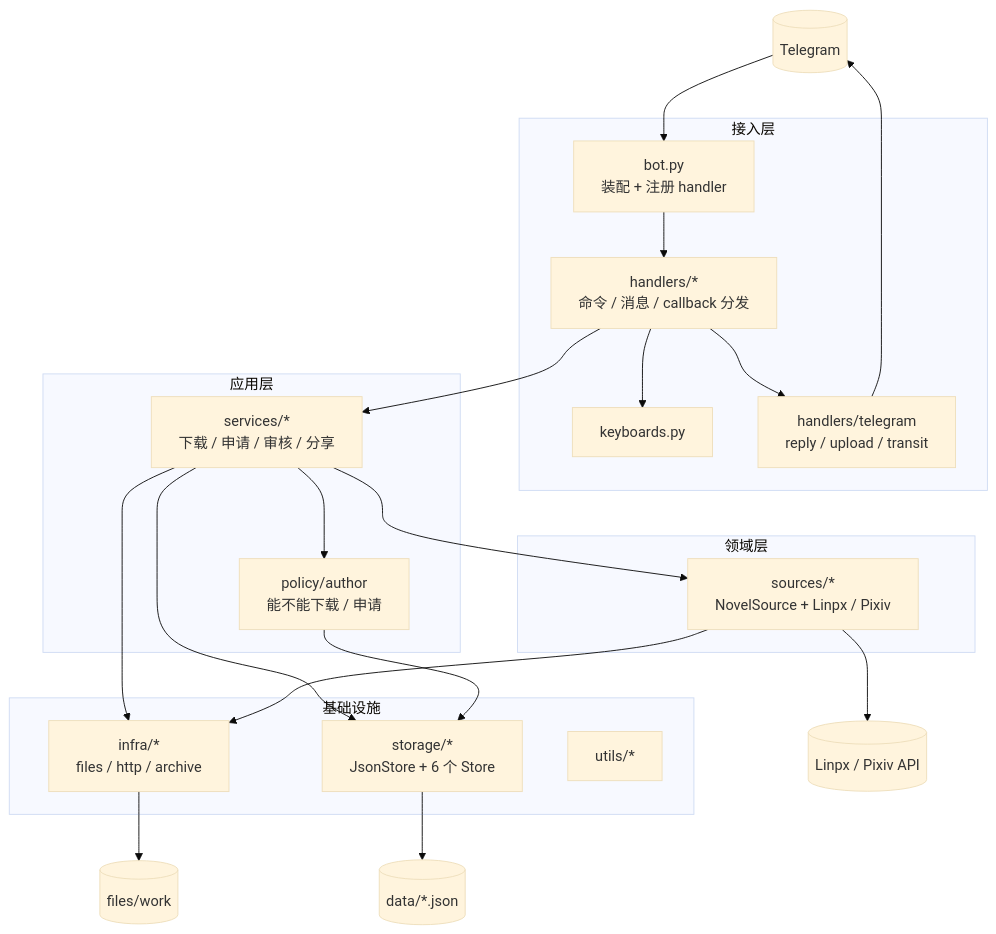
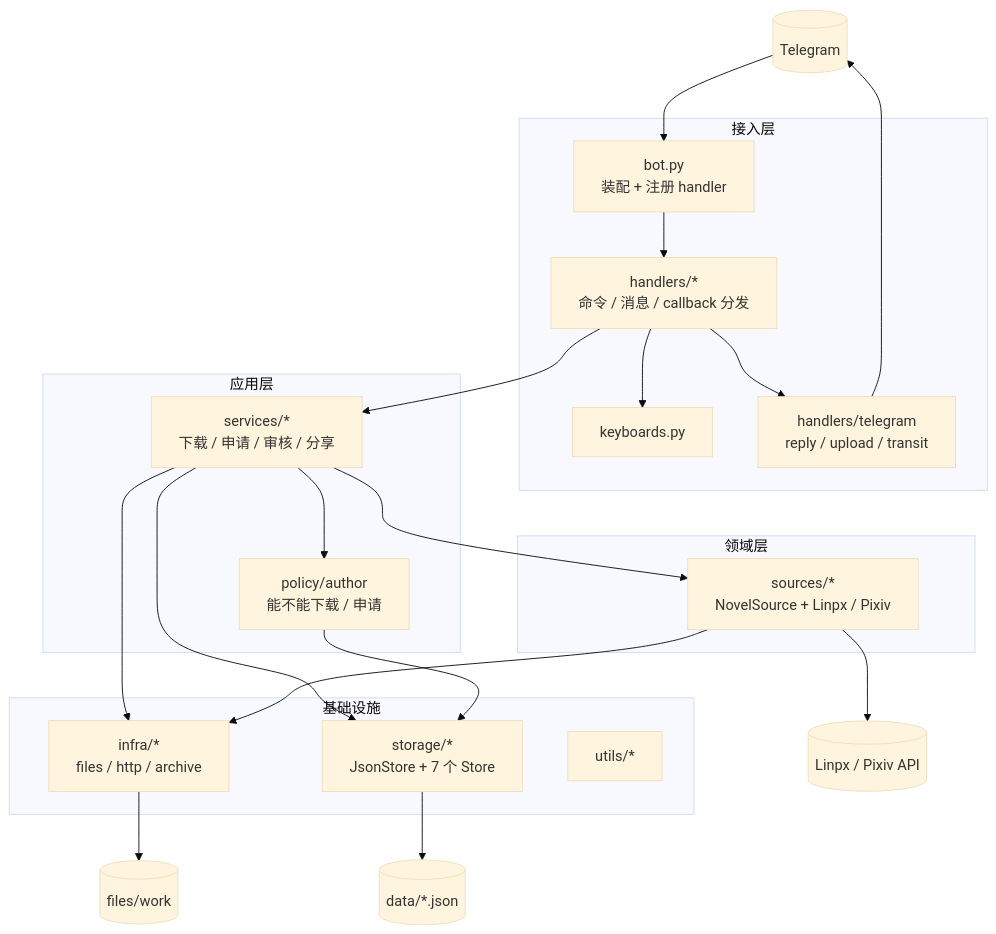
The diagram in docs/03-项目架构说明.md (DowneyRem/FurryReadingBot), drawn with Mermaid (base theme) before and after one commit. The commit also changed other lines of this file and 5 other files, not shown here.

````diff
--- a/docs/03-项目架构说明.md
+++ b/docs/03-项目架构说明.md
@@ -29,45 +29,45 @@
 ```mermaid
 flowchart TB
     TG[("Telegram")]
     API[("Linpx / Pixiv API")]
 
     subgraph 接入层
         BOT["bot.py<br/>装配 + 注册 handler"]
         H["handlers/*<br/>命令 / 消息 / callback 分发"]
         KB[keyboards.py]
         TGA["handlers/telegram<br/>reply / upload / transit"]
     end
 
     subgraph 应用层
         SVC["services/*<br/>下载 / 申请 / 审核 / 分享"]
         POL["policy/author<br/>能不能下载 / 申请"]
     end
 
     subgraph 领域层
         SRC["sources/*<br/>NovelSource + Linpx / Pixiv"]
     end
 
     subgraph 基础设施
-        ST["storage/*<br/>JsonStore + 6 个 Store"]
+        ST["storage/*<br/>JsonStore + 7 个 Store"]
         INF["infra/*<br/>files / http / archive"]
         U["utils/*"]
     end
 
     DATA[("data/*.json")]
     FILES[("files/work")]
 
     TG --> BOT --> H
     H --> TGA
     H --> SVC
     H --> KB
     SVC --> SRC
     SVC --> ST
     SVC --> INF
     SVC --> POL
     POL --> ST
     SRC --> INF
     ST --> DATA
     INF --> FILES
     TGA --> TG
     SRC --> API
 ```
````
